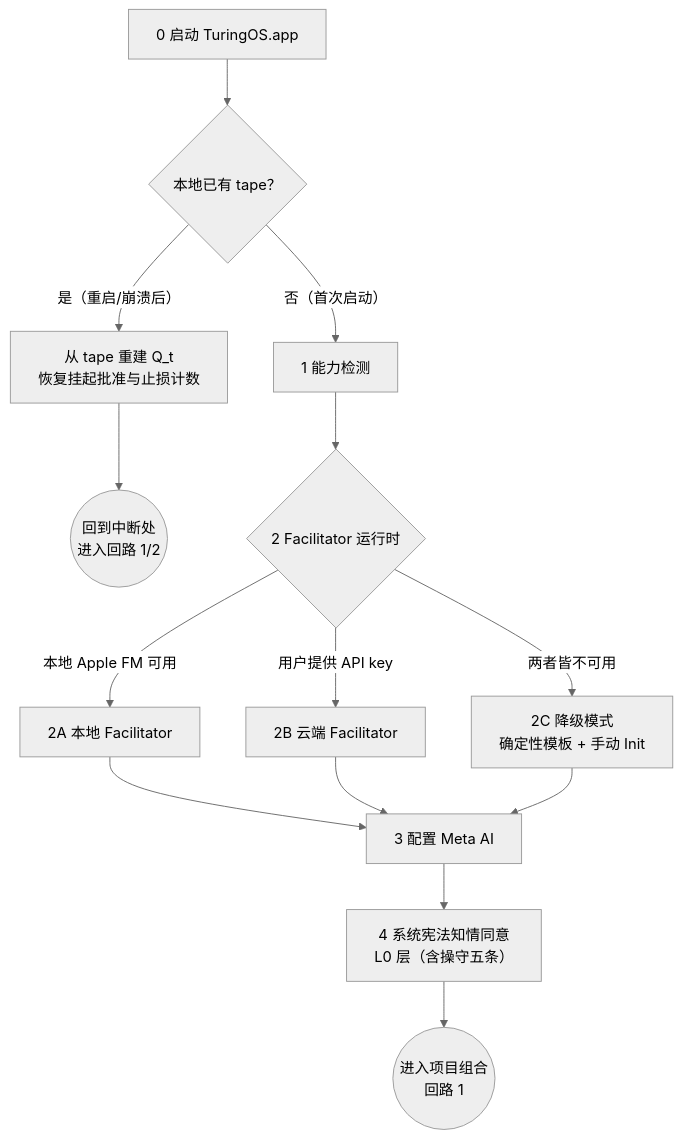
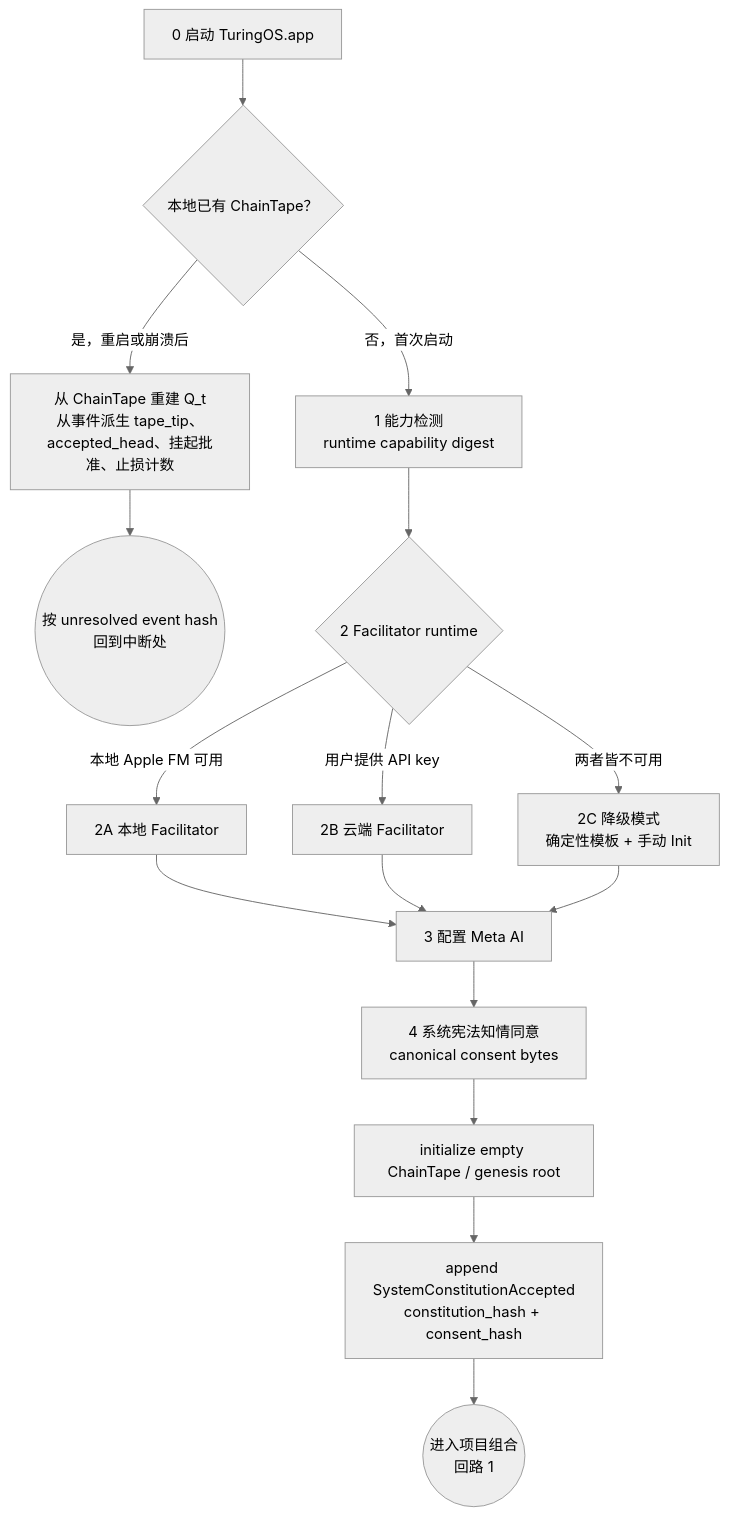
The second of 6 diagrams in WHITEPAPER.md (gretjia/turingos.app), drawn with Mermaid (neutral theme) before and after one commit. The commit also changed other lines of this file and 3 other files, not shown here.

Commit message:
C1_09 adopt whitepaper v0.6 charter

````diff
--- a/WHITEPAPER.md
+++ b/WHITEPAPER.md
@@ -364,15 +341,17 @@
 ```mermaid
 flowchart TD
-    A0["0 启动 TuringOS.app"] --> A1{"本地已有 tape？"}
-    A1 -->|"是（重启/崩溃后）"| RES["从 tape 重建 Q_t<br>恢复挂起批准与止损计数"] --> GO(("回到中断处<br>进入回路 1/2"))
-    A1 -->|"否（首次启动）"| B["1 能力检测"]
-    B --> C{"2 Facilitator 运行时"}
+    A0["0 启动 TuringOS.app"] --> A1{"本地已有 ChainTape？"}
+    A1 -->|"是，重启或崩溃后"| RES["从 ChainTape 重建 Q_t<br>从事件派生 tape_tip、accepted_head、挂起批准、止损计数"] --> GO(("按 unresolved event hash<br>回到中断处"))
+    A1 -->|"否，首次启动"| B["1 能力检测<br>runtime capability digest"]
+    B --> C{"2 Facilitator runtime"}
     C -->|"本地 Apple FM 可用"| C1["2A 本地 Facilitator"]
     C -->|"用户提供 API key"| C2["2B 云端 Facilitator"]
     C -->|"两者皆不可用"| C3["2C 降级模式<br>确定性模板 + 手动 Init"]
     C1 --> D["3 配置 Meta AI"]
     C2 --> D
     C3 --> D
-    D --> CONSENT["4 系统宪法知情同意<br>L0 层（含操守五条）"]
-    CONSENT --> PORT(("进入项目组合<br>回路 1"))
+    D --> CONSENT["4 系统宪法知情同意<br>canonical consent bytes"]
+    CONSENT --> GEN["initialize empty ChainTape / genesis root"]
+    GEN --> EVT["append SystemConstitutionAccepted<br>constitution_hash + consent_hash"]
+    EVT --> PORT(("进入项目组合<br>回路 1"))
 ```
````
